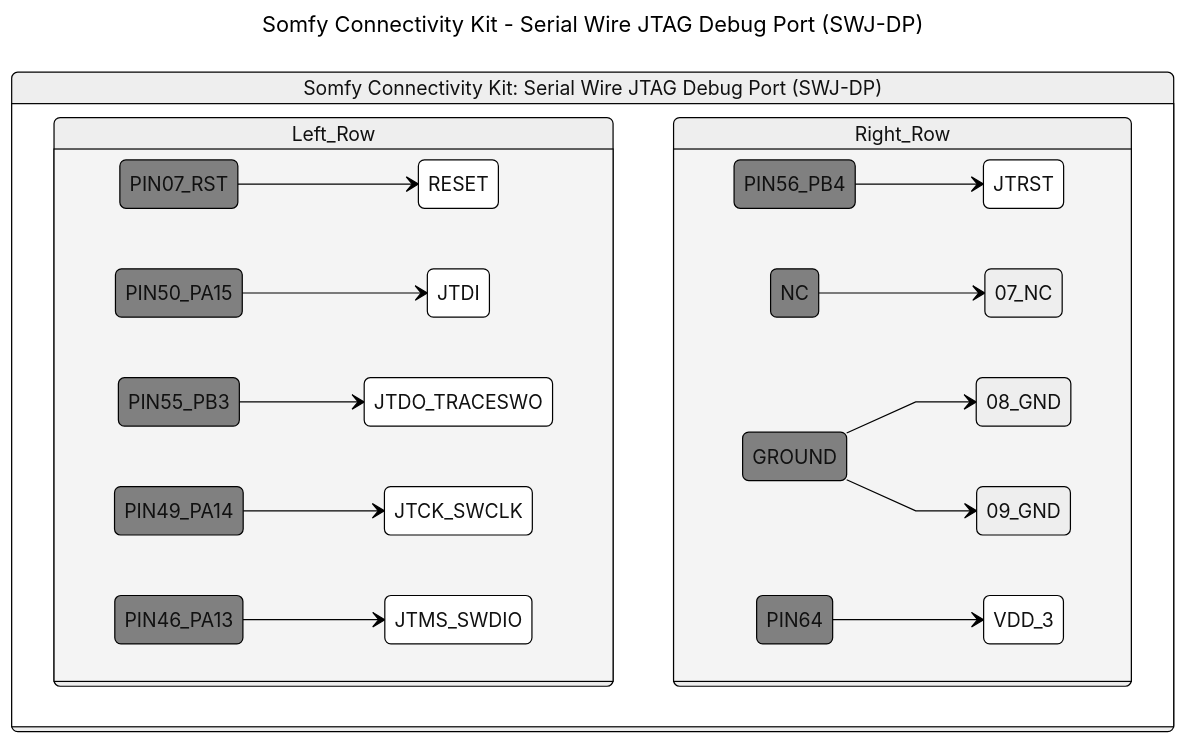
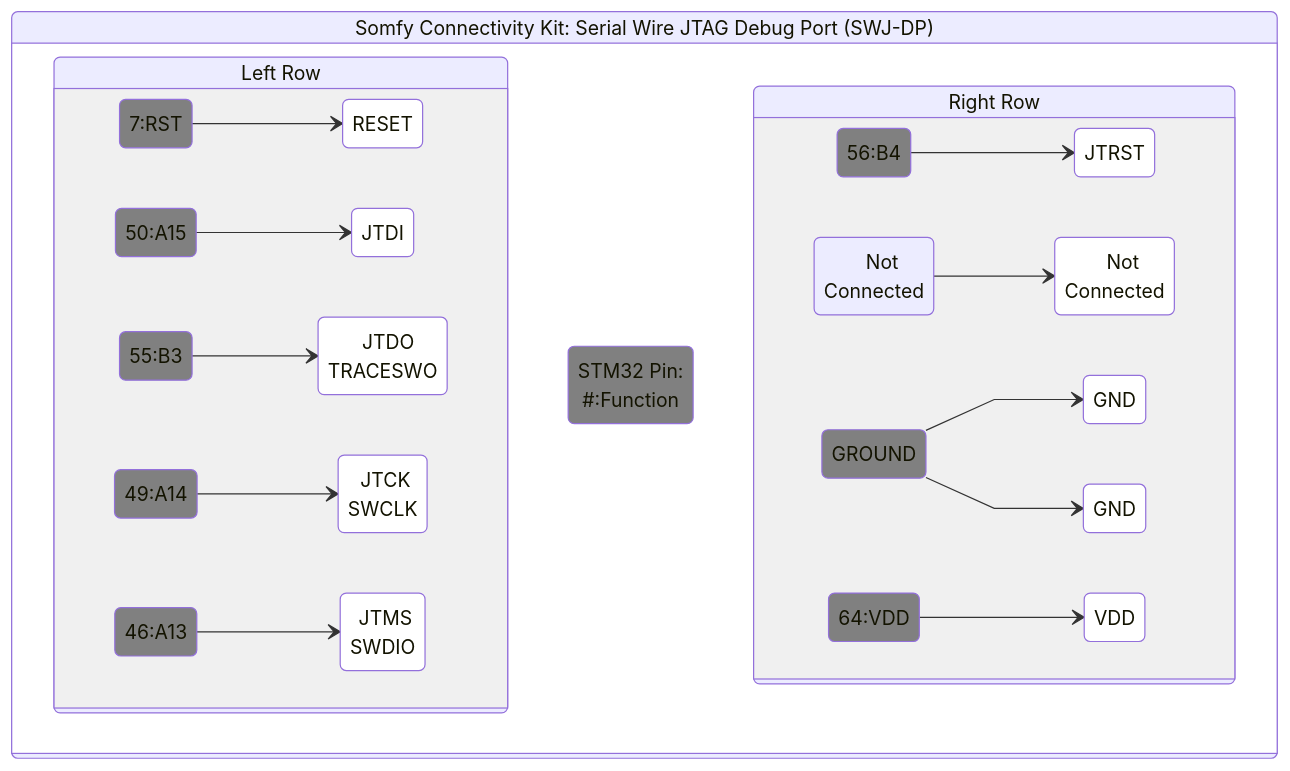
One commit to Velocet/iown-homecontrol changed the second of 2 diagrams in docs/devices/somfy/ConnectivityKit/README.md. Above: the diagram before and after it, drawn with Mermaid. The commit also changed other lines of this file and 267 other files, not shown here.

````diff
--- a/docs/devices/somfy/ConnectivityKit/README.md
+++ b/docs/devices/somfy/ConnectivityKit/README.md
@@ -213,35 +344,50 @@
 ``` mermaid
----
-title: Somfy Connectivity Kit - Serial Wire JTAG Debug Port (SWJ-DP)
----
-%%{init:{"theme": "neutral","fontFamily":"monospace","flowchart":{"curve":"linear"}}}%%
+%%{init:{"fontFamily":"monospace","flowchart":{"curve":"linear"}}}%%
 stateDiagram
   direction LR
 
-  classDef stm32Pin fill:white
-  classDef headerPin fill:grey
-  class PIN07_RST,PIN50_PA15,PIN55_PB3,PIN49_PA14,PIN46_PA13,PIN56_PB4,NC,GROUND,PIN64 headerPin
-  class RESET,JTDI,JTDO_TRACESWO,JTCK_SWCLK,JTMS_SWDIO,JTRST,VDD_3 stm32Pin
+  classDef stm32Pin fill:grey
+  classDef headerPin fill:white
+  class RESET,JTDI,JTDO_TRACESWO,JTCK_SWCLK,JTMS_SWDIO,JTRST,NOT_CONNECTED,GND1,GND2,VDD headerPin
+  class PIN07_RST,PIN50_PA15,PIN55_PB3,PIN49_PA14,PIN46_PA13,PIN56_PB4,GROUND,PIN64,STM32 stm32Pin
 
   state "Somfy Connectivity Kit: Serial Wire JTAG Debug Port (SWJ-DP)" as Debug_Header
   state Debug_Header {
 
-  state Left_Row {
+  state "Left Row" as leftrow
+  state leftrow {
     direction LR
+    state "7:RST" as PIN07_RST
     PIN07_RST --> RESET
+    state "50:A15" as PIN50_PA15
     PIN50_PA15 --> JTDI
+    state "55:B3" as PIN55_PB3
+    state "&nbsp;&nbsp;JTDO<br/>TRACESWO" as JTDO_TRACESWO
     PIN55_PB3 --> JTDO_TRACESWO
+    state "49:A14" as PIN49_PA14
+    state "&nbsp;JTCK<br/>SWCLK" as JTCK_SWCLK
     PIN49_PA14 --> JTCK_SWCLK
+    state "46:A13" as PIN46_PA13
+    state "&nbsp;JTMS<br/>SWDIO" as JTMS_SWDIO
     PIN46_PA13 --> JTMS_SWDIO
   }
 
-  state Right_Row {
+  state "STM32 Pin:<br/>#:Function" as STM32
+
+  state "Right Row" as rightrow
+  state rightrow {
     direction LR
+    state "56:B4" as PIN56_PB4
     PIN56_PB4 --> JTRST
-    NC --> 07_NC
-    GROUND --> 08_GND
-    GROUND --> 09_GND
-    PIN64 --> VDD_3
+    state "&nbsp;&nbsp;&nbsp;Not<br/>Connected" as NC
+    state "&nbsp;&nbsp;&nbsp;Not<br/>Connected" as NOT_CONNECTED
+    NC --> NOT_CONNECTED
+    state "GND" as GND1
+    GROUND --> GND1
+    state "GND" as GND2
+    GROUND --> GND2
+    state "64:VDD" as PIN64
+    PIN64 --> VDD
   }
 }
 ```
````
